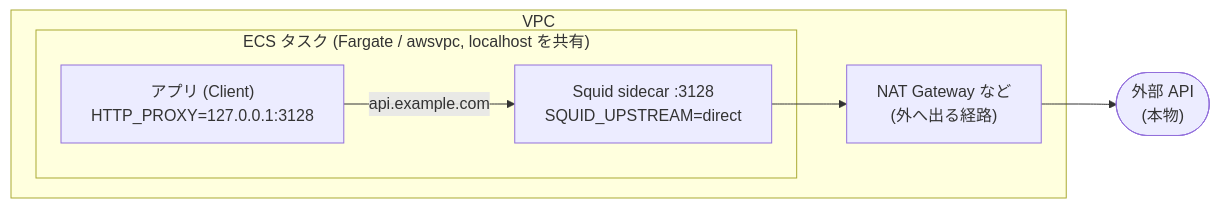
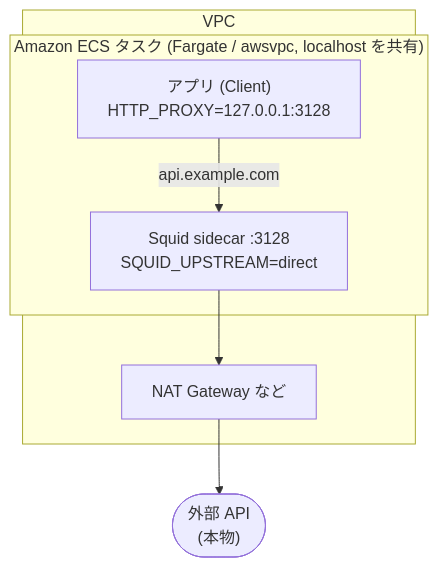
Before and after one commit to satoshi256kbyte/squid-wiremock-sidecar: the third of 3 diagrams in README.md, drawn with Mermaid. The commit also changed other lines of this file, not shown here.

First line of the commit message:
docs(README): Simplify architecture diagrams and remove management API references

````diff
--- a/README.md
+++ b/README.md
@@ -71,13 +69,13 @@
 ```mermaid
-flowchart LR
+flowchart
   subgraph VPC["VPC"]
-    subgraph Task["ECS タスク (Fargate / awsvpc, localhost を共有)"]
+    subgraph Task["Amazon ECS タスク (Fargate / awsvpc, localhost を共有)"]
       App["アプリ (Client)<br/>HTTP_PROXY=127.0.0.1:3128"]
       Squid["Squid sidecar :3128<br/>SQUID_UPSTREAM=direct"]
       App -->|"api.example.com"| Squid
     end
-    NAT["NAT Gateway など<br/>(外へ出る経路)"]
+    NAT["NAT Gateway など"]
     Squid --> NAT
   end
   NAT --> API(["外部 API<br/>(本物)"])
 ```
````
